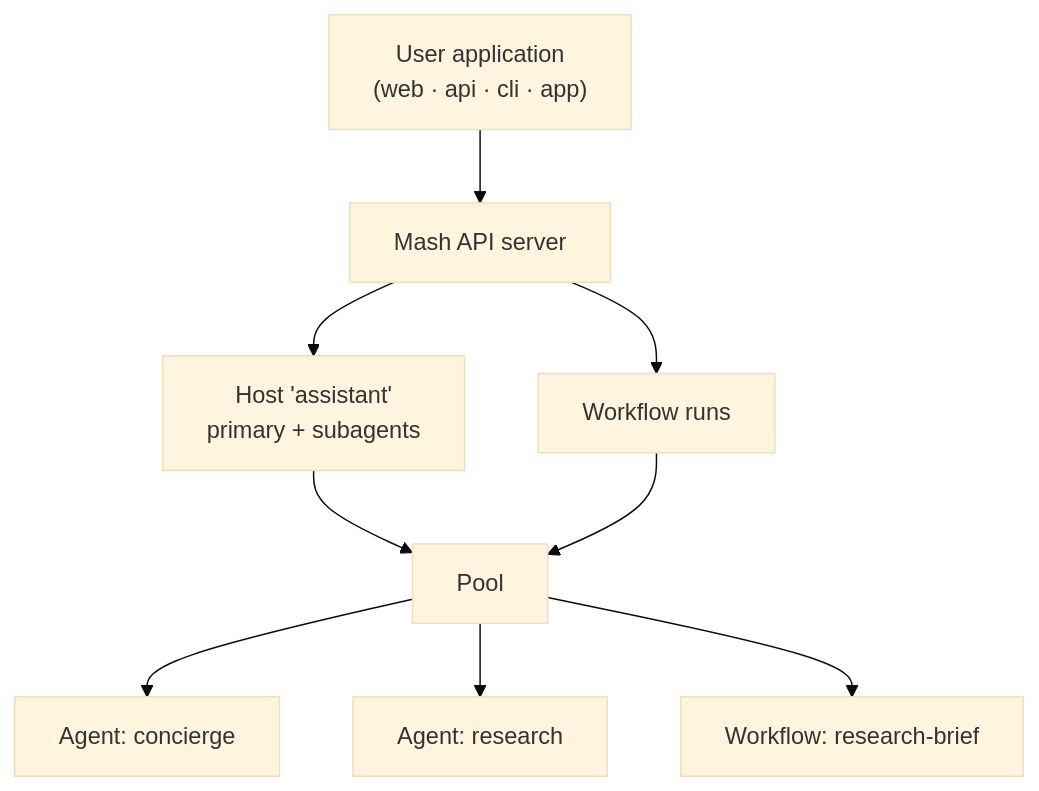
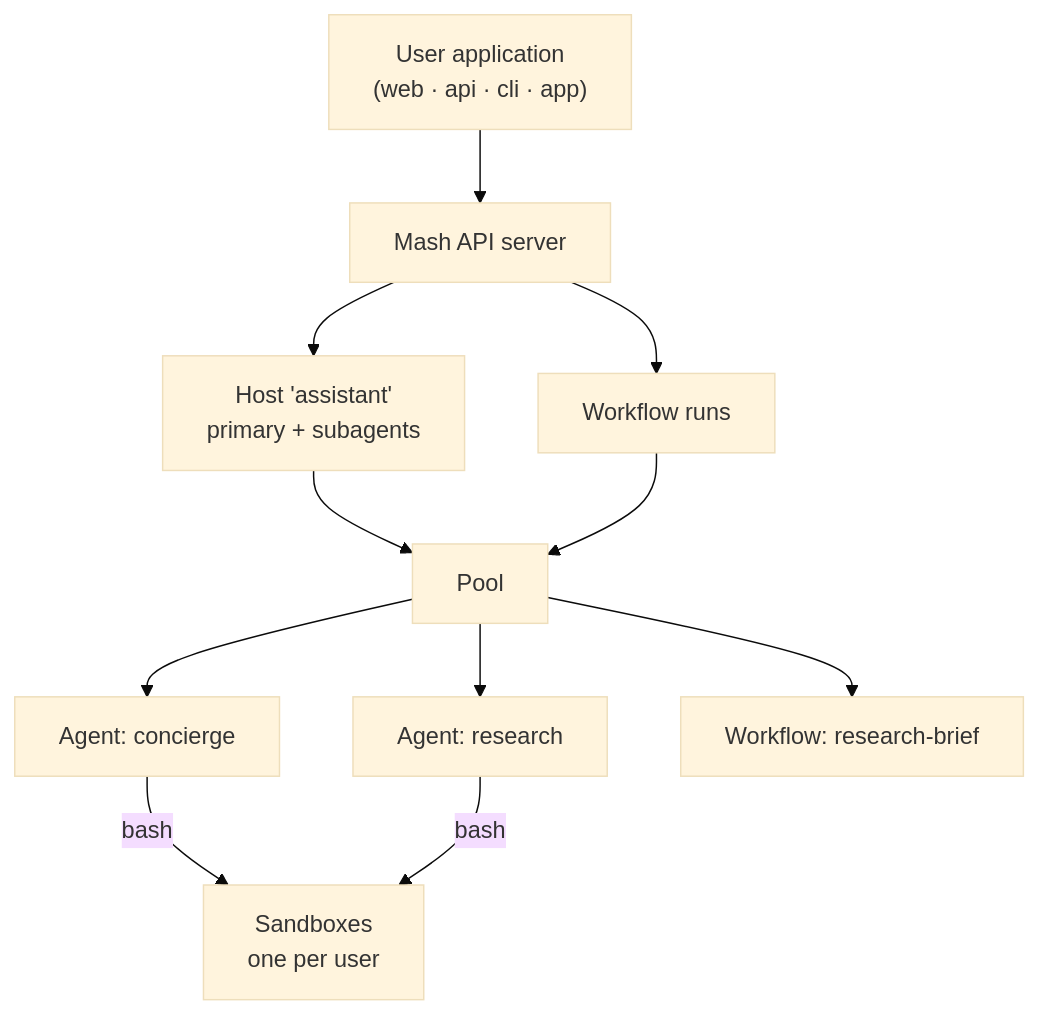
One commit to imsid/mashpy changed the diagram in docs/posts/product-brief.md. Above: the diagram before and after it, drawn with Mermaid (base theme). The commit also changed other lines of this file and 144 other files, not shown here.

````diff
--- a/docs/posts/product-brief.md
+++ b/docs/posts/product-brief.md
@@ -89,11 +119,13 @@
 ```mermaid
 flowchart TD
     U["User application<br/>(web · api · cli · app)"] --> API["Mash API server"]
     API --> HO["Host 'assistant'<br/>primary + subagents"]
     API --> WF["Workflow runs"]
     HO --> P["Pool"]
     WF --> P
     P --> A1["Agent: concierge"]
     P --> A2["Agent: research"]
     P --> W1["Workflow: research-brief"]
+    A1 -- "bash" --> S["Sandboxes<br/>one per user"]
+    A2 -- "bash" --> S
 ```
````
